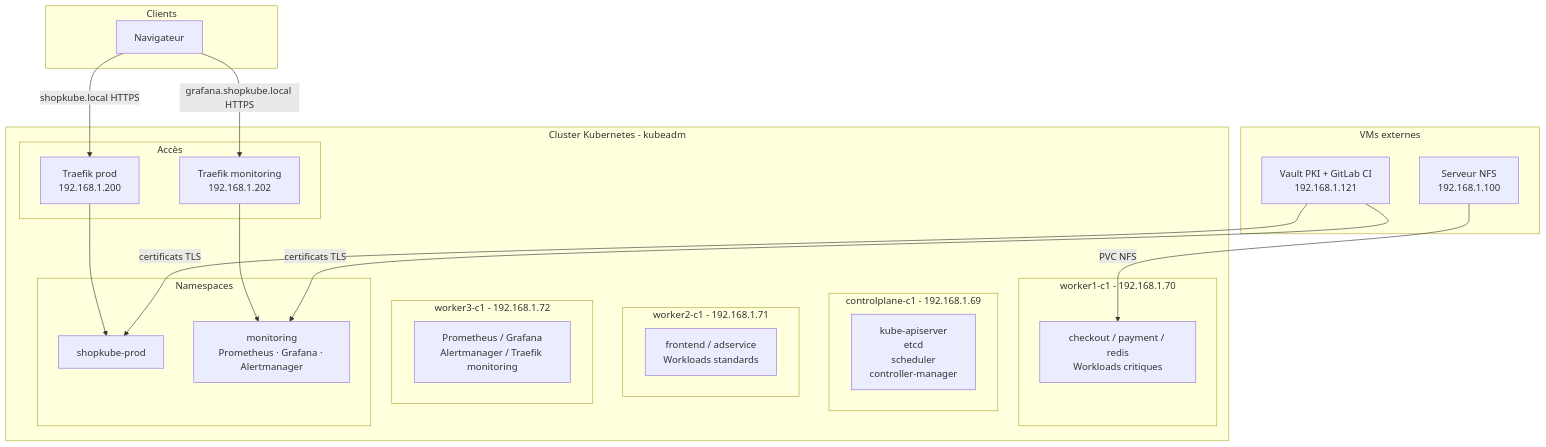
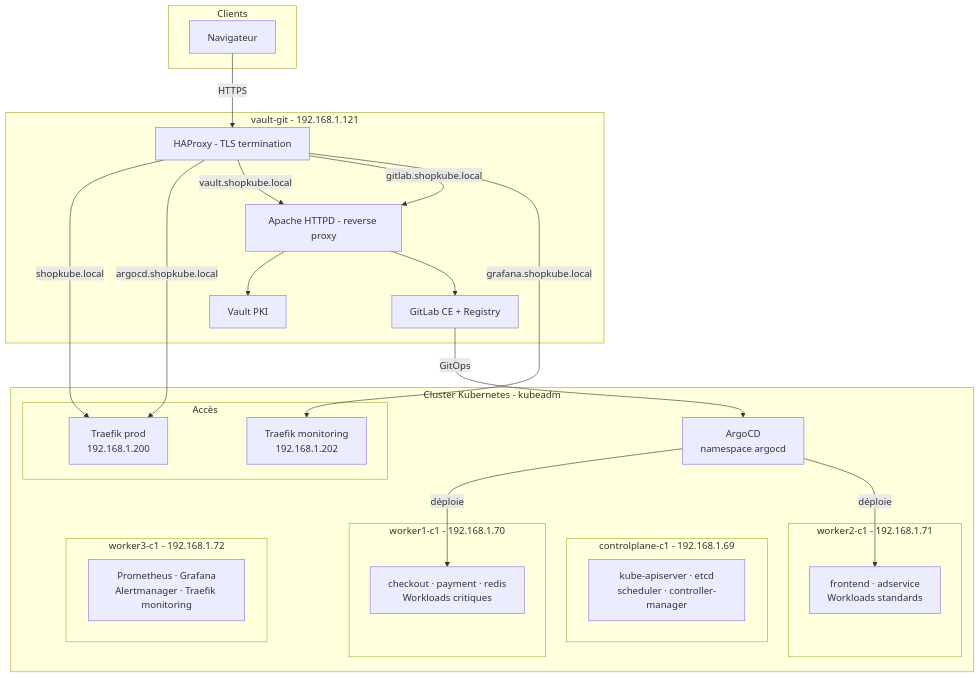
The diagram in README.md (Edkm7/shopkube-platform), drawn with Mermaid before and after one commit. The commit also changed other lines of this file, not shown here.

Commit message:
docs: update README with module 08 additions (ArgoCD, HAProxy, GitLab CI, alerting)

````diff
--- a/README.md
+++ b/README.md
@@ -24,47 +24,50 @@
 ```mermaid
 graph TB
     subgraph Clients
         B[Navigateur]
     end
 
-    subgraph VMs externes
-        V[Vault PKI + GitLab CI\n192.168.1.121]
-        N[Serveur NFS\n192.168.1.100]
+    subgraph vault-git - 192.168.1.121
+        HAP[HAProxy - TLS termination]
+        APA[Apache HTTPD - reverse proxy]
+        GL[GitLab CE + Registry]
+        VA[Vault PKI]
     end
 
     subgraph Cluster Kubernetes - kubeadm
         subgraph Accès
             T1[Traefik prod\n192.168.1.200]
             T2[Traefik monitoring\n192.168.1.202]
         end
 
         subgraph controlplane-c1 - 192.168.1.69
-            CP[kube-apiserver\netcd\nscheduler\ncontroller-manager]
+            CP[kube-apiserver · etcd\nscheduler · controller-manager]
         end
 
         subgraph worker1-c1 - 192.168.1.70
-            W1[checkout / payment / redis\nWorkloads critiques]
+            W1[checkout · payment · redis\nWorkloads critiques]
         end
 
         subgraph worker2-c1 - 192.168.1.71
-            W2[frontend / adservice\nWorkloads standards]
+            W2[frontend · adservice\nWorkloads standards]
         end
 
         subgraph worker3-c1 - 192.168.1.72
-            W3[Prometheus / Grafana\nAlertmanager / Traefik monitoring]
+            W3[Prometheus · Grafana\nAlertmanager · Traefik monitoring]
         end
 
-        subgraph Namespaces
-            NS1[shopkube-prod]
-            NS2[monitoring\nPrometheus · Grafana · Alertmanager]
-        end
+        ARGO[ArgoCD\nnamespace argocd]
     end
 
-    B -->|shopkube.local HTTPS| T1
-    B -->|grafana.shopkube.local HTTPS| T2
-    T1 --> NS1
-    T2 --> NS2
-    V -->|certificats TLS| NS1
-    V -->|certificats TLS| NS2
-    N -->|PVC NFS| W1
+    B -->|HTTPS| HAP
+    HAP -->|shopkube.local| T1
+    HAP -->|argocd.shopkube.local| T1
+    HAP -->|vault.shopkube.local| APA
+    HAP -->|gitlab.shopkube.local| APA
+    HAP -->|grafana.shopkube.local| T2
+    APA --> VA
+    APA --> GL
+    GL -->|GitOps| ARGO
+    ARGO -->|déploie| W1
+    ARGO -->|déploie| W2
 ```
````
